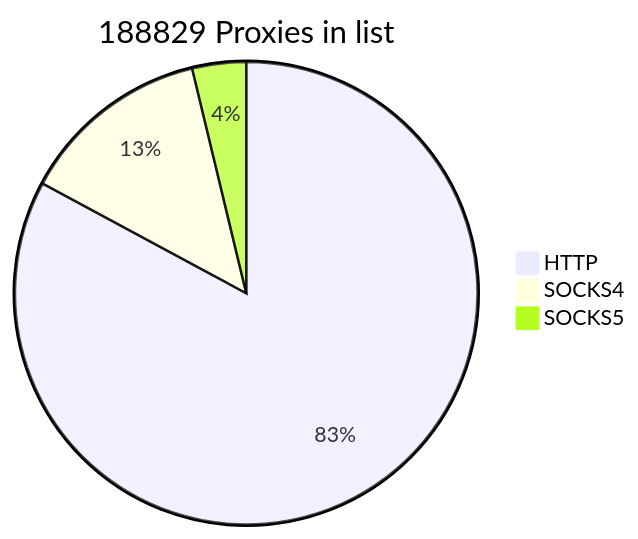
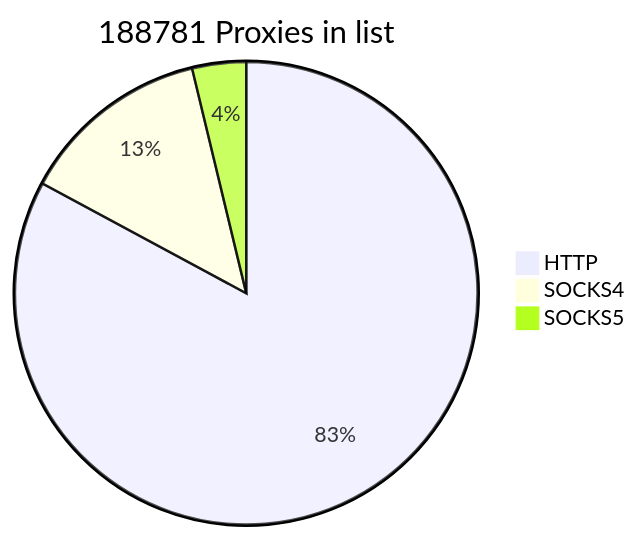
The first of 2 diagrams in README.md (cutipu/proxylist), drawn with Mermaid before and after one commit. The commit also changed other lines of this file, not shown here.

````diff
--- a/README.md
+++ b/README.md
@@ -2,7 +2,7 @@
 ```mermaid
-pie title 188829 Proxies in list
-    "HTTP" : 156478
+pie title 188781 Proxies in list
+    "HTTP" : 156428
     "SOCKS4" : 25251
-    "SOCKS5" : 7100
+    "SOCKS5" : 7102
             
 ```
````
